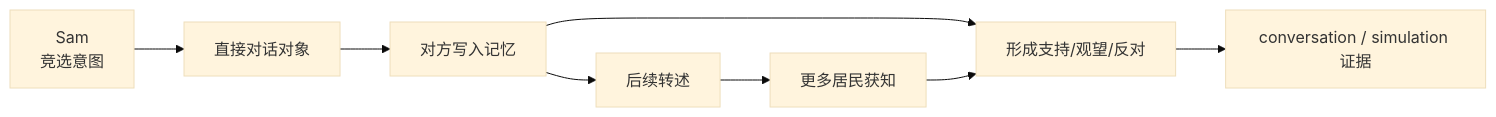
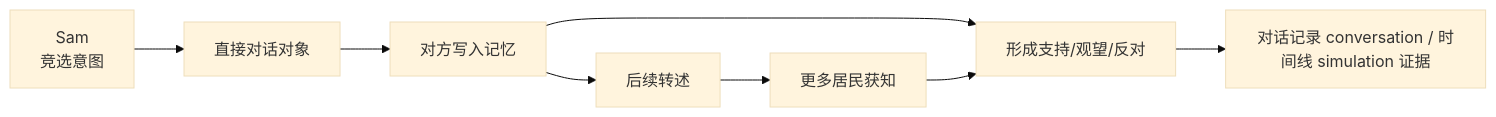
The first of 5 diagrams in docs/book/manuscript/part_04/chapter_25.md (tbkken/GenerativeAgentsCN), drawn with Mermaid (base theme) before and after one commit. The commit also changed other lines of this file and 47 other files, not shown here.

````diff
--- a/docs/book/manuscript/part_04/chapter_25.md
+++ b/docs/book/manuscript/part_04/chapter_25.md
@@ -32,10 +32,10 @@
 ```mermaid
 flowchart LR
     Sam["Sam<br/>竞选意图"] --> Direct["直接对话对象"]
     Direct --> Memory["对方写入记忆"]
     Memory --> Retell["后续转述"]
     Retell --> Others["更多居民获知"]
     Memory --> Attitude["形成支持/观望/反对"]
     Others --> Attitude
-    Attitude --> Evidence["conversation / simulation 证据"]
+    Attitude --> Evidence["对话记录 conversation / 时间线 simulation 证据"]
 ```
````
